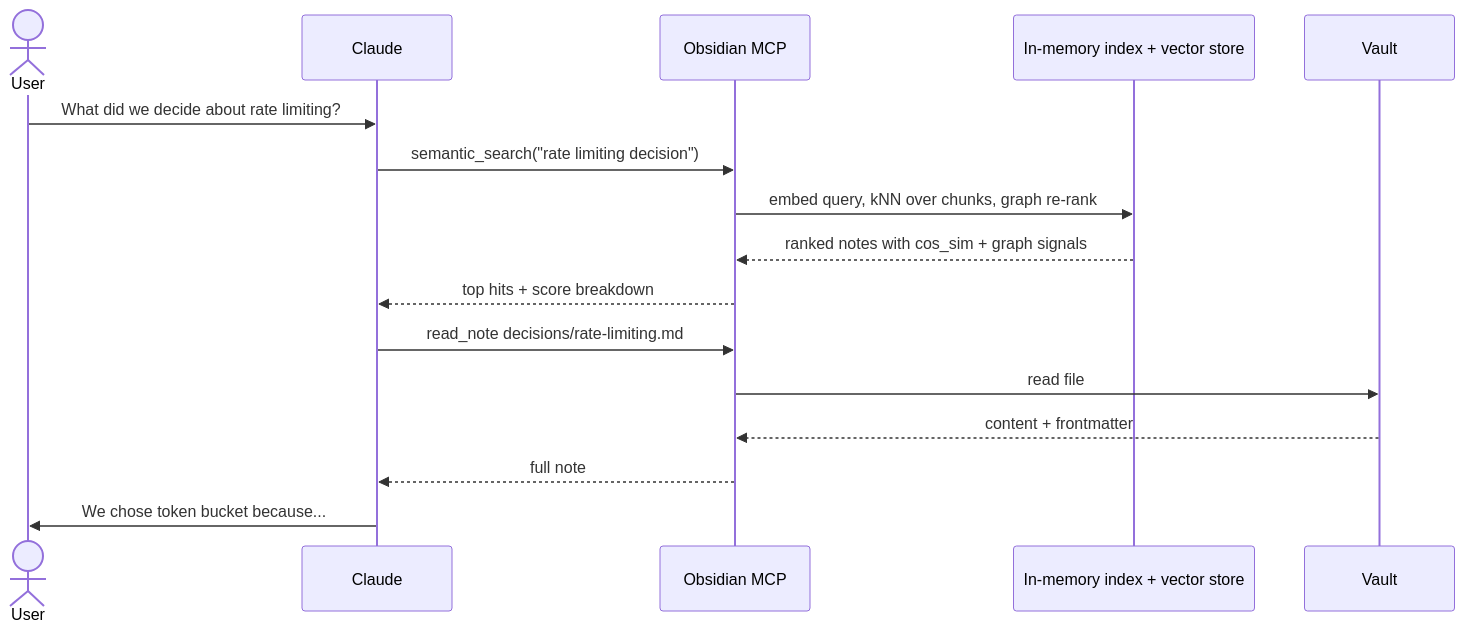
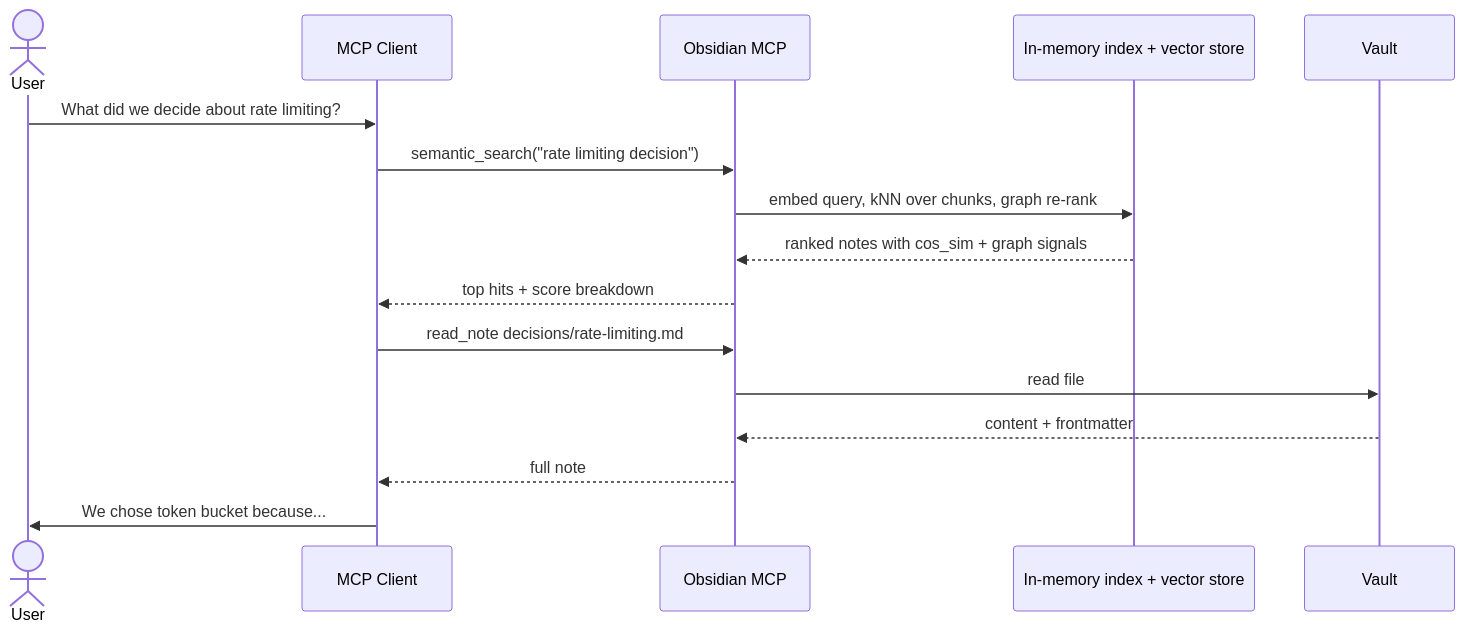
The third of 3 diagrams in README.md (punparin/obsidian-mcp), drawn with Mermaid before and after one commit. The commit also changed other lines of this file, not shown here.

Commit message:
docs: decouple readme from claude code (#29)

````diff
--- a/README.md
+++ b/README.md
@@ -63,19 +63,19 @@
 ```mermaid
 sequenceDiagram
     actor User
-    participant Claude
+    participant Agent as MCP Client
     participant MCP as Obsidian MCP
     participant Index as In-memory index + vector store
     participant Vault
 
-    User->>Claude: What did we decide about rate limiting?
-    Claude->>MCP: semantic_search("rate limiting decision")
+    User->>Agent: What did we decide about rate limiting?
+    Agent->>MCP: semantic_search("rate limiting decision")
     MCP->>Index: embed query, kNN over chunks, graph re-rank
     Index-->>MCP: ranked notes with cos_sim + graph signals
-    MCP-->>Claude: top hits + score breakdown
-    Claude->>MCP: read_note decisions/rate-limiting.md
+    MCP-->>Agent: top hits + score breakdown
+    Agent->>MCP: read_note decisions/rate-limiting.md
     MCP->>Vault: read file
     Vault-->>MCP: content + frontmatter
-    MCP-->>Claude: full note
-    Claude->>User: We chose token bucket because...
+    MCP-->>Agent: full note
+    Agent->>User: We chose token bucket because...
 ```
````
